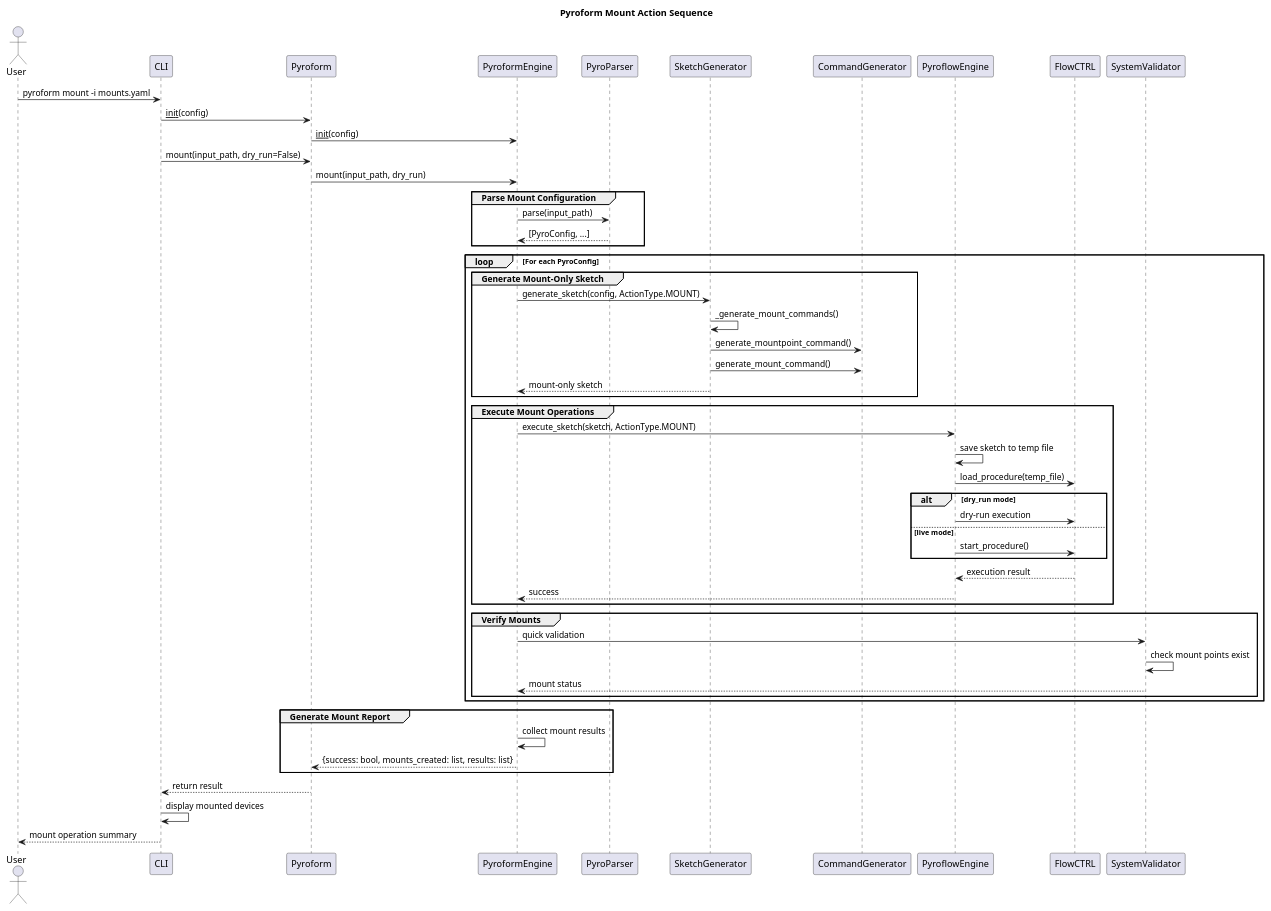
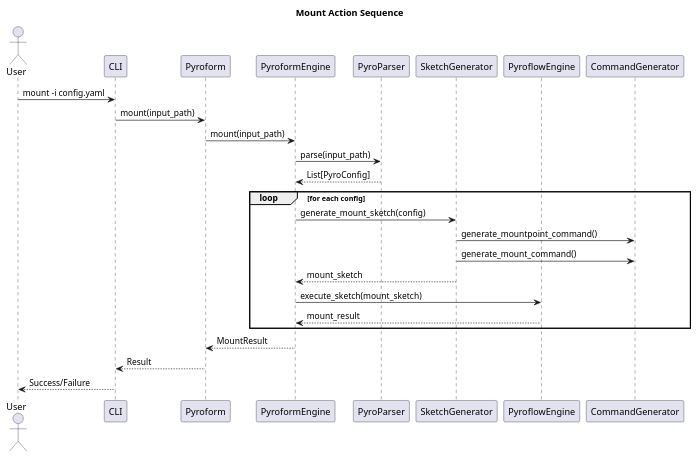
One commit to Del-Tango/Pyroform changed the diagram in pyroform/dox/Diagrams/pyroform_action_mount.puml. Above: the diagram before and after it, drawn with PlantUML. The commit also changed 29 other files, not shown here.

Commit message:
Updated PlantUML diagrams and README file

```diff
--- a/pyroform/dox/Diagrams/pyroform_action_mount.puml
+++ b/pyroform/dox/Diagrams/pyroform_action_mount.puml
@@ -1,65 +1,30 @@
-@startuml Pyroform_Mount_Sequence
-title Pyroform Mount Action Sequence
+@startuml
+title Mount Action Sequence
 
 actor User
 participant CLI
 participant Pyroform
 participant PyroformEngine
 participant PyroParser
 participant SketchGenerator
-participant CommandGenerator
 participant PyroflowEngine
-participant FlowCTRL
-participant SystemValidator
 
-User -> CLI: pyroform mount -i mounts.yaml
-CLI -> Pyroform: __init__(config)
-Pyroform -> PyroformEngine: __init__(config)
+User -> CLI: mount -i config.yaml
+CLI -> Pyroform: mount(input_path)
+Pyroform -> PyroformEngine: mount(input_path)
+PyroformEngine -> PyroParser: parse(input_path)
+PyroParser --> PyroformEngine: List[PyroConfig]
 
-CLI -> Pyroform: mount(input_path, dry_run=False)
-Pyroform -> PyroformEngine: mount(input_path, dry_run)
-
-group Parse Mount Configuration
-    PyroformEngine -> PyroParser: parse(input_path)
-    PyroParser --> PyroformEngine: [PyroConfig, ...]
+loop for each config
+  PyroformEngine -> SketchGenerator: generate_mount_sketch(config)
+  SketchGenerator -> CommandGenerator: generate_mountpoint_command()
+  SketchGenerator -> CommandGenerator: generate_mount_command()
+  SketchGenerator --> PyroformEngine: mount_sketch
+  PyroformEngine -> PyroflowEngine: execute_sketch(mount_sketch)
+  PyroflowEngine --> PyroformEngine: mount_result
 end
 
-loop For each PyroConfig
-    group Generate Mount-Only Sketch
-        PyroformEngine -> SketchGenerator: generate_sketch(config, ActionType.MOUNT)
-        SketchGenerator -> SketchGenerator: _generate_mount_commands()
-        SketchGenerator -> CommandGenerator: generate_mountpoint_command()
-        SketchGenerator -> CommandGenerator: generate_mount_command()
-        SketchGenerator --> PyroformEngine: mount-only sketch
-    end
-
-    group Execute Mount Operations
-        PyroformEngine -> PyroflowEngine: execute_sketch(sketch, ActionType.MOUNT)
-        PyroflowEngine -> PyroflowEngine: save sketch to temp file
-        PyroflowEngine -> FlowCTRL: load_procedure(temp_file)
-        alt dry_run mode
-            PyroflowEngine -> FlowCTRL: dry-run execution
-        else live mode
-            PyroflowEngine -> FlowCTRL: start_procedure()
-        end
-        FlowCTRL --> PyroflowEngine: execution result
-        PyroflowEngine --> PyroformEngine: success
-    end
-
-    group Verify Mounts
-        PyroformEngine -> SystemValidator: quick validation
-        SystemValidator -> SystemValidator: check mount points exist
-        SystemValidator --> PyroformEngine: mount status
-    end
-end
-
-group Generate Mount Report
-    PyroformEngine -> PyroformEngine: collect mount results
-    PyroformEngine --> Pyroform: {success: bool, mounts_created: list, results: list}
-end
-
-Pyroform --> CLI: return result
-CLI -> CLI: display mounted devices
-CLI --> User: mount operation summary
-
+PyroformEngine --> Pyroform: MountResult
+Pyroform --> CLI: Result
+CLI --> User: Success/Failure
 @enduml
```
